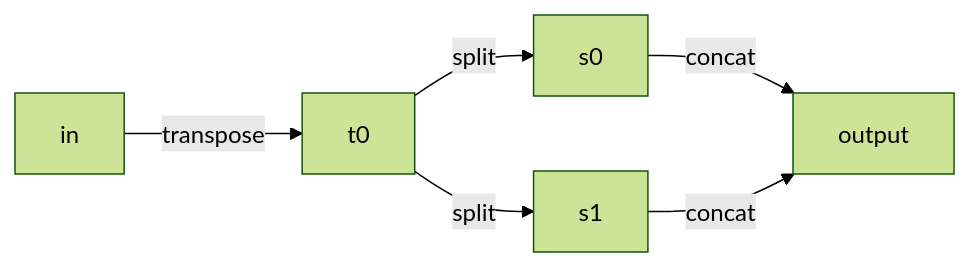
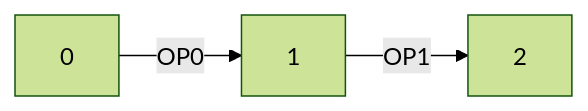
Before and after one commit to LoadLife/lucc: the diagram in doc/design.md, drawn with Mermaid (forest theme). The commit also changed 4 other files, not shown here.

````diff
--- a/doc/design.md
+++ b/doc/design.md
@@ -1,4 +1,4 @@
 ```mermaid
 graph LR
-    in --transpose--> t0 --split--> s0 & s1 --concat--> output
+   0 --OP0--> 1 --OP1--> 2
 ```
````
